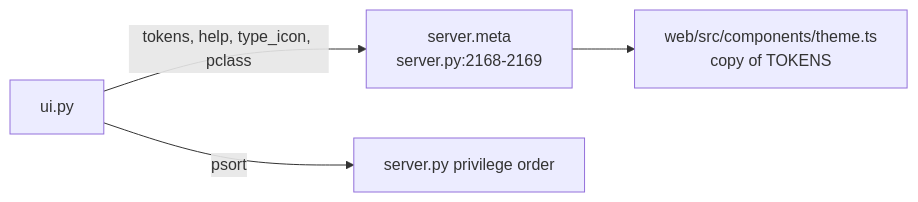
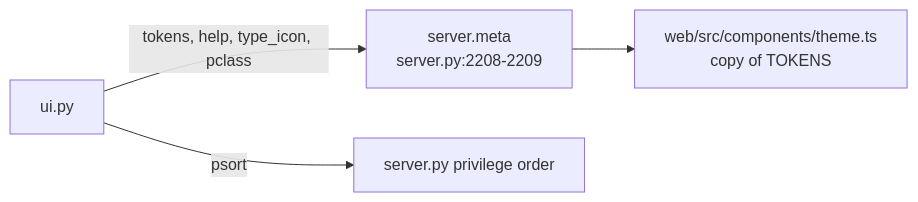
One commit to darshanmeel/snowflake-access-explorer changed the diagram in snowflake-access-explorer-knowledge-graph/modules/ui.md. Above: the diagram before and after it, drawn with Mermaid. The commit also changed 79 other files, not shown here.

Commit message:
Knowledge graph: STATEMENT_TIMEOUT, WORKERS, ACTIVITY, HIERARCHY, progress lines, shared ACCESS_HISTORY read, procedure batching; node lines re-synced

````diff
--- a/snowflake-access-explorer-knowledge-graph/modules/ui.md
+++ b/snowflake-access-explorer-knowledge-graph/modules/ui.md
@@ -6,6 +6,6 @@
 ```mermaid
 flowchart LR
-  UI[ui.py] -->|tokens, help, type_icon, pclass| M[server.meta<br/>server.py:2168-2169]
+  UI[ui.py] -->|tokens, help, type_icon, pclass| M[server.meta<br/>server.py:2208-2209]
   M --> W[web/src/components/theme.ts<br/>copy of TOKENS]
   UI -->|psort| S[server.py privilege order]
 ```
````
